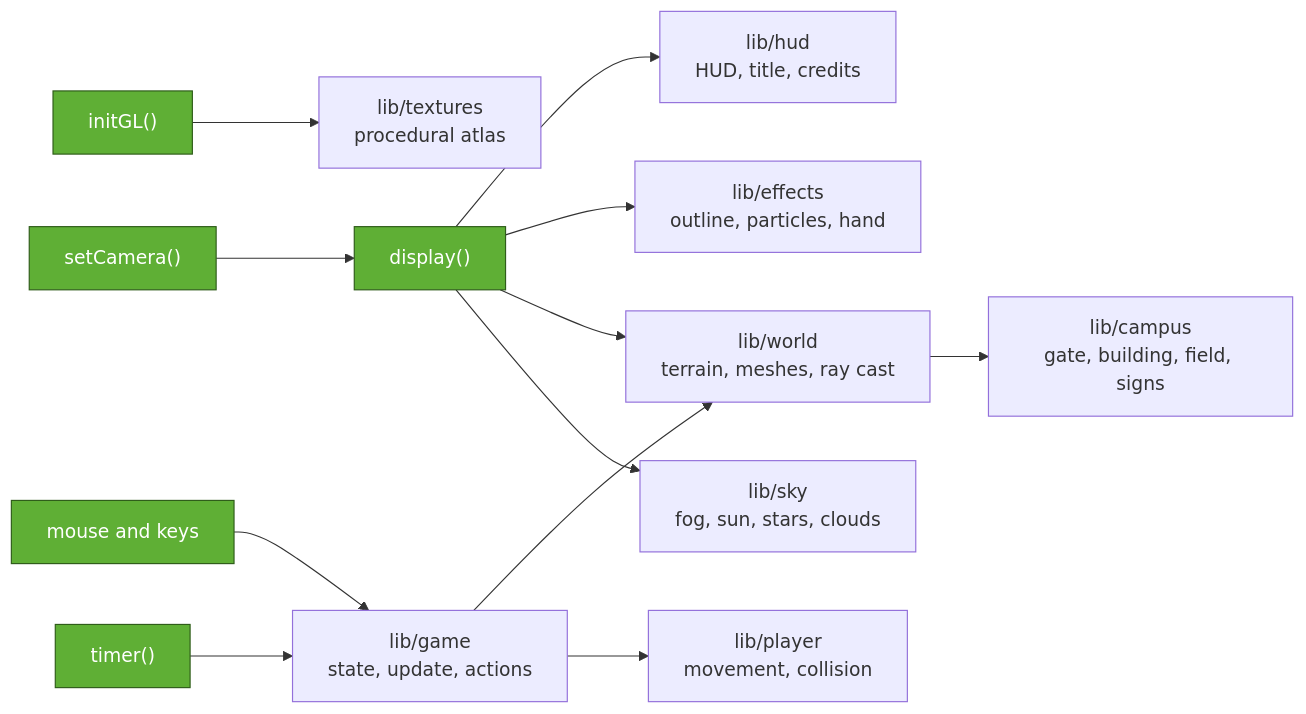
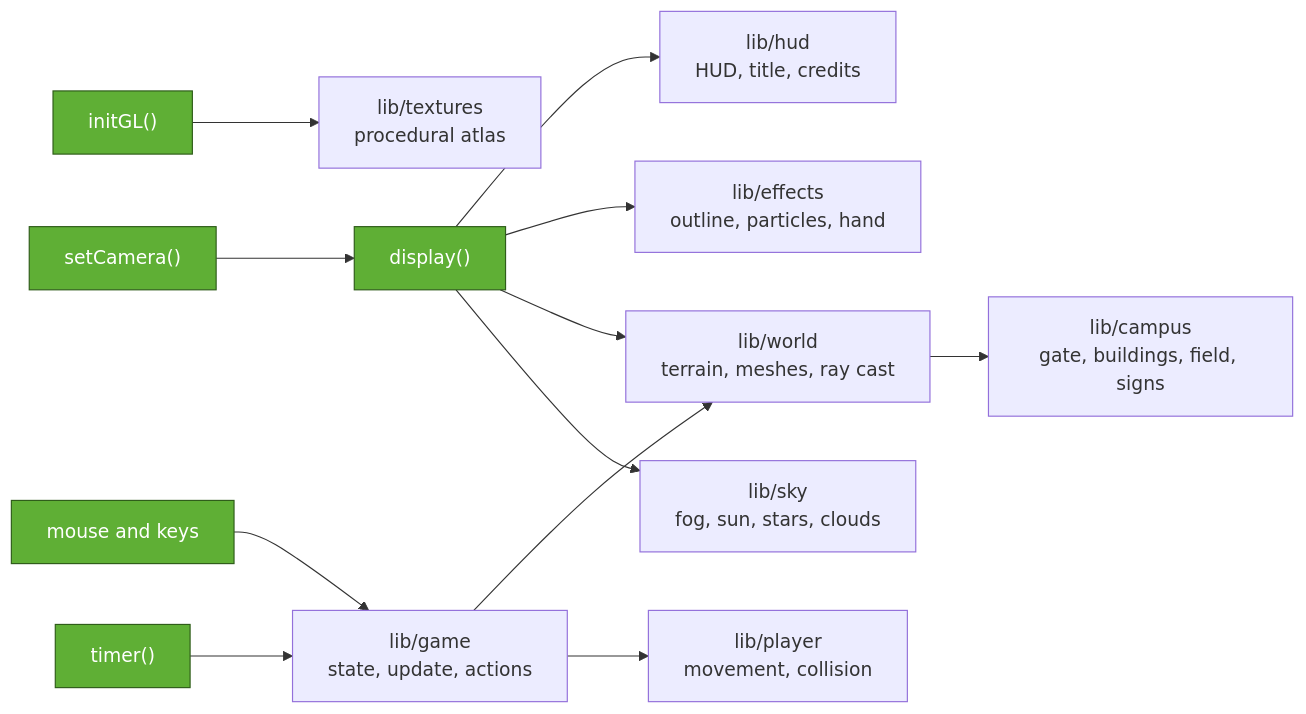
Before and after one commit to RejaulKorimSadi/MetroCraft: the diagram in README.md, drawn with Mermaid. The commit also changed other lines of this file and 13 other files, not shown here.

````diff
--- a/README.md
+++ b/README.md
@@ -106,16 +164,16 @@
 ```mermaid
 flowchart LR
     I["initGL()"] --> X["lib/textures<br/>procedural atlas"]
     C["setCamera()"] --> D["display()"]
     D --> S["lib/sky<br/>fog, sun, stars, clouds"]
     D --> W["lib/world<br/>terrain, meshes, ray cast"]
     D --> E["lib/effects<br/>outline, particles, hand"]
     D --> H["lib/hud<br/>HUD, title, credits"]
-    W --> K["lib/campus<br/>gate, building, field, signs"]
+    W --> K["lib/campus<br/>gate, buildings, field, signs"]
     T["timer()"] --> G["lib/game<br/>state, update, actions"]
     M["mouse and keys"] --> G
     G --> P["lib/player<br/>movement, collision"]
     G --> W
     classDef core fill:#5FAF35,stroke:#2f5d1a,color:#fff
     class I,C,D,T,M core
 ```
````
